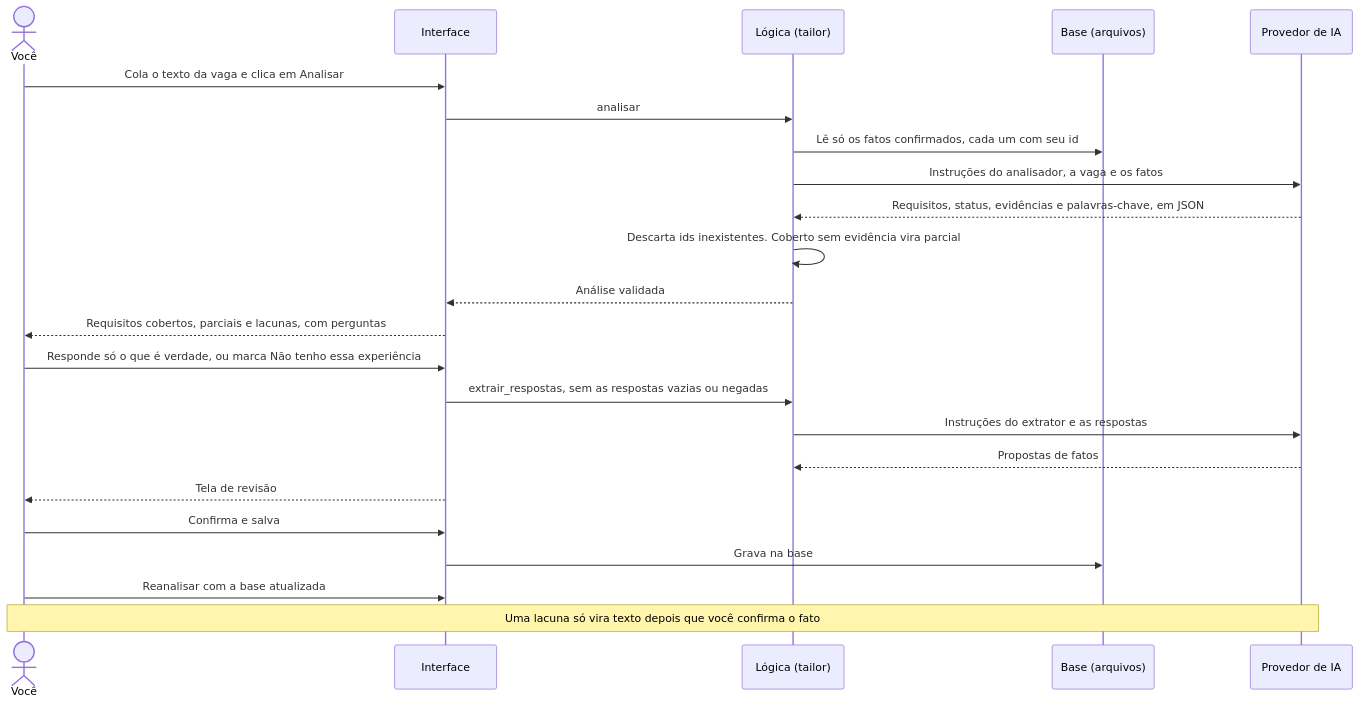
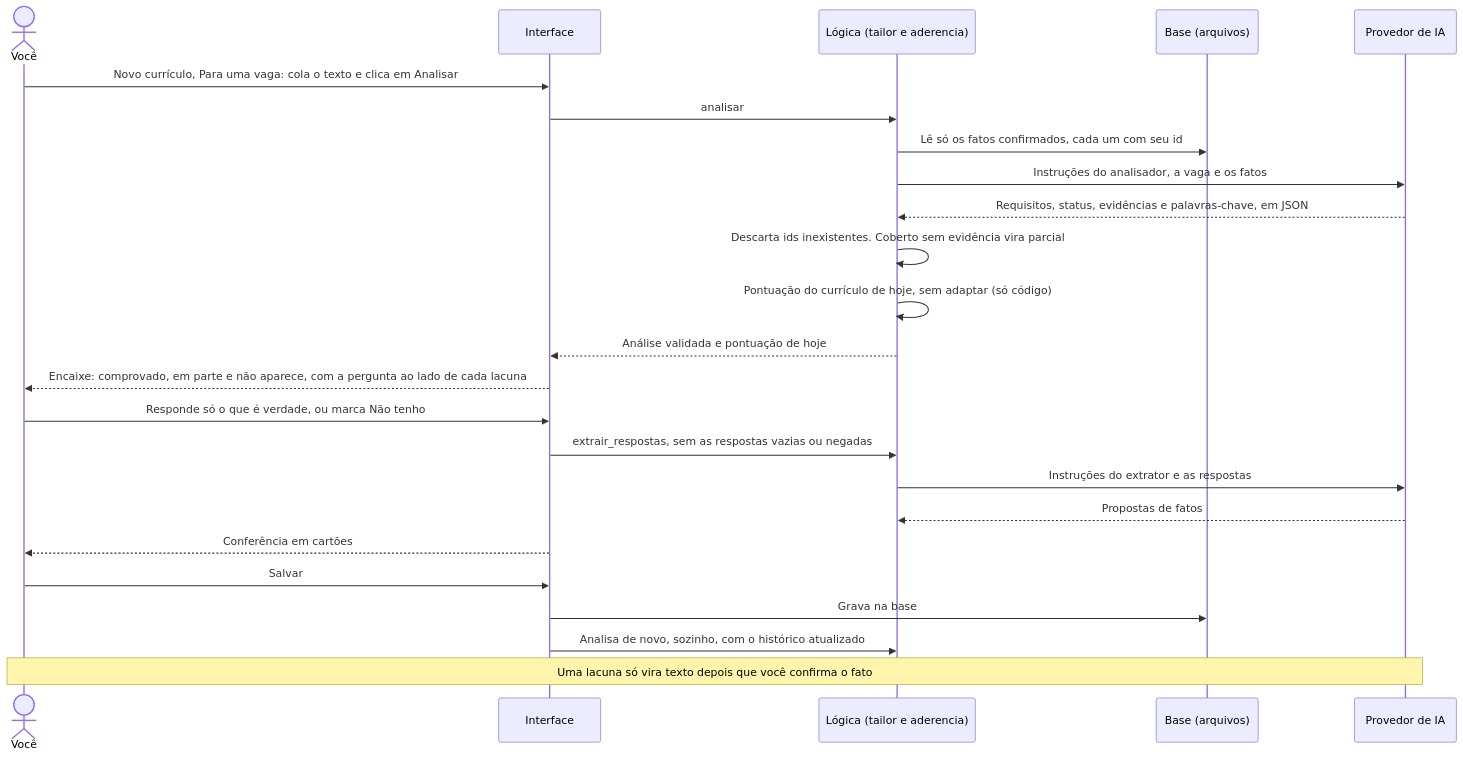
One commit to feeslopes/assistente_curriculo changed the seventh of 10 diagrams in README.md. Above: the diagram before and after it, drawn with Mermaid. The commit also changed other lines of this file and 1 other file, not shown here.

First line of the commit message:
Atualiza diagramas e documentação para a interface atual

````diff
--- a/README.md
+++ b/README.md
@@ -407,26 +417,27 @@
 ```mermaid
 sequenceDiagram
   actor V as Você
   participant UI as Interface
-  participant L as Lógica (tailor)
+  participant L as Lógica (tailor e aderencia)
   participant K as Base (arquivos)
   participant IA as Provedor de IA
 
-  V->>UI: Cola o texto da vaga e clica em Analisar
+  V->>UI: Novo currículo, Para uma vaga: cola o texto e clica em Analisar
   UI->>L: analisar
   L->>K: Lê só os fatos confirmados, cada um com seu id
   L->>IA: Instruções do analisador, a vaga e os fatos
   IA-->>L: Requisitos, status, evidências e palavras-chave, em JSON
   L->>L: Descarta ids inexistentes. Coberto sem evidência vira parcial
-  L-->>UI: Análise validada
-  UI-->>V: Requisitos cobertos, parciais e lacunas, com perguntas
-  V->>UI: Responde só o que é verdade, ou marca Não tenho essa experiência
+  L->>L: Pontuação do currículo de hoje, sem adaptar (só código)
+  L-->>UI: Análise validada e pontuação de hoje
+  UI-->>V: Encaixe: comprovado, em parte e não aparece, com a pergunta ao lado de cada lacuna
+  V->>UI: Responde só o que é verdade, ou marca Não tenho
   UI->>L: extrair_respostas, sem as respostas vazias ou negadas
   L->>IA: Instruções do extrator e as respostas
   IA-->>L: Propostas de fatos
-  UI-->>V: Tela de revisão
-  V->>UI: Confirma e salva
+  UI-->>V: Conferência em cartões
+  V->>UI: Salvar
   UI->>K: Grava na base
-  V->>UI: Reanalisar com a base atualizada
+  UI->>L: Analisa de novo, sozinho, com o histórico atualizado
   Note over V,IA: Uma lacuna só vira texto depois que você confirma o fato
 ```
````
